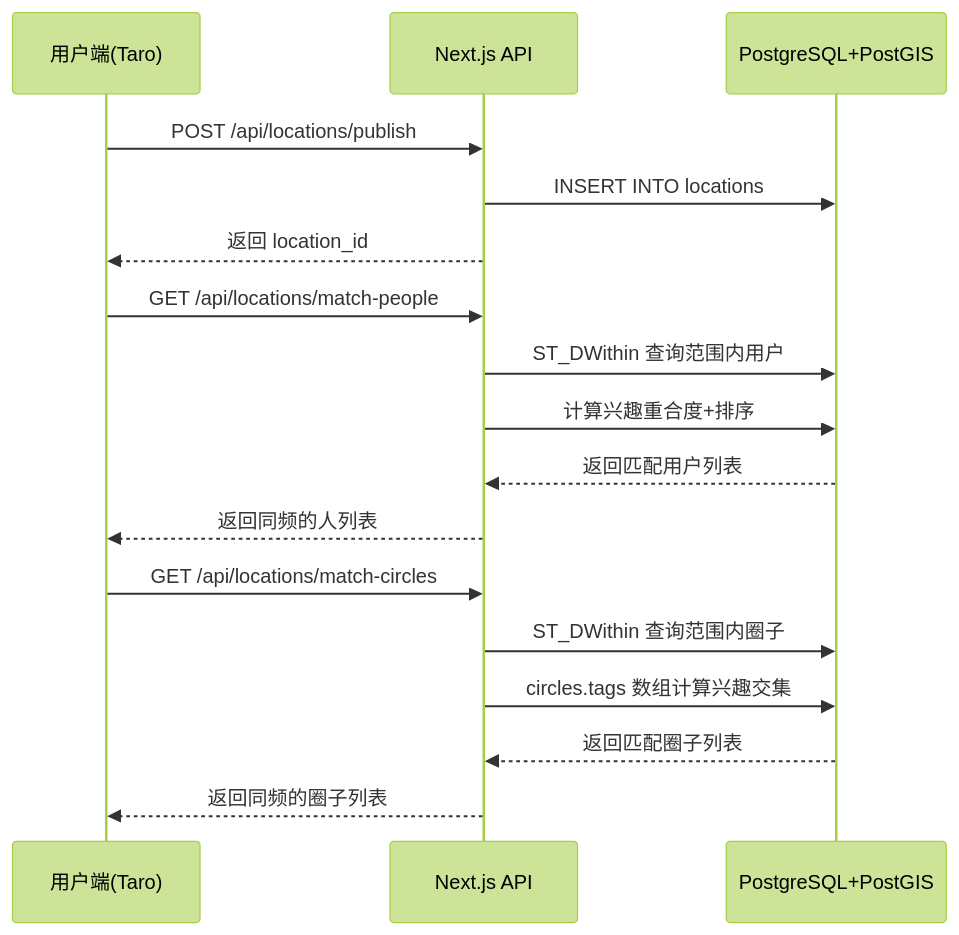
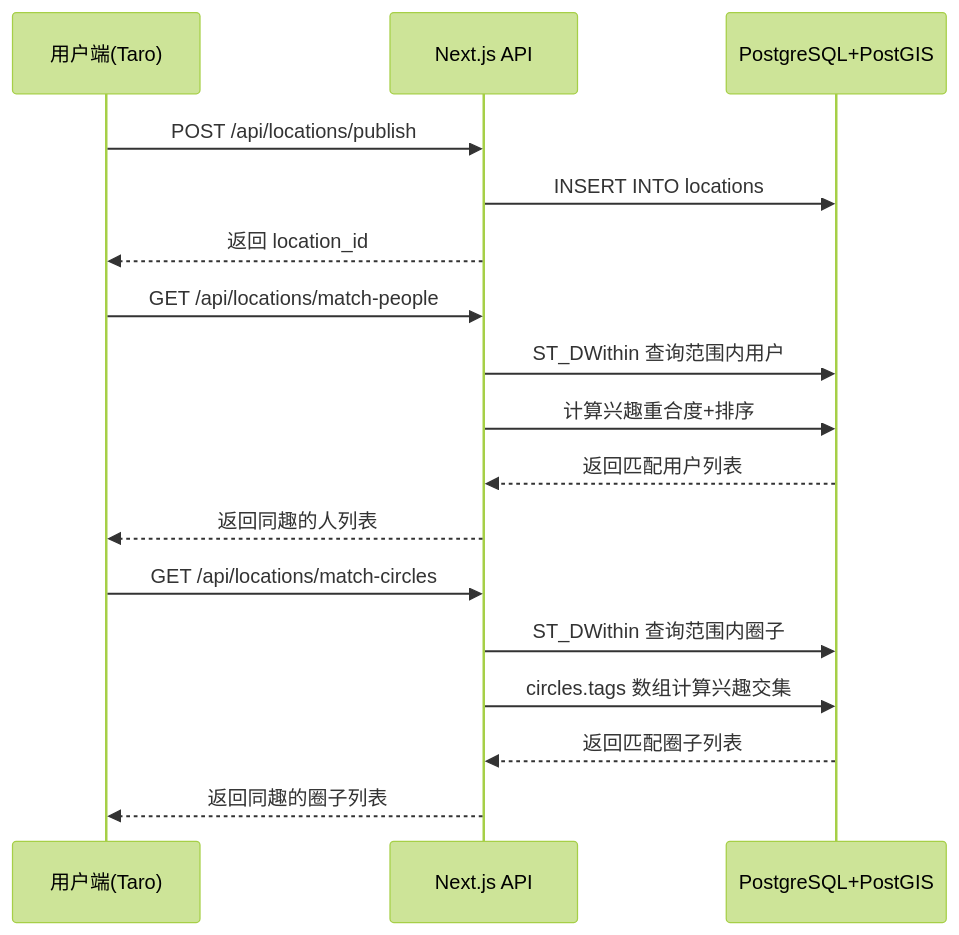
One commit to shine-apps/frenquency_circle changed the tenth of 11 diagrams in docs/functional-design.md. Above: the diagram before and after it, drawn with Mermaid (forest theme). The commit also changed other lines of this file and 29 other files, not shown here.

````diff
--- a/docs/functional-design.md
+++ b/docs/functional-design.md
@@ -849,22 +849,22 @@
 ```mermaid
 sequenceDiagram
     participant U as 用户端(Taro)
     participant API as Next.js API
     participant DB as PostgreSQL+PostGIS
 
     U->>API: POST /api/locations/publish
     API->>DB: INSERT INTO locations
     API-->>U: 返回 location_id
 
     U->>API: GET /api/locations/match-people
     API->>DB: ST_DWithin 查询范围内用户
     API->>DB: 计算兴趣重合度+排序
     DB-->>API: 返回匹配用户列表
-    API-->>U: 返回同频的人列表
+    API-->>U: 返回同趣的人列表
 
     U->>API: GET /api/locations/match-circles
     API->>DB: ST_DWithin 查询范围内圈子
     API->>DB: circles.tags 数组计算兴趣交集
     DB-->>API: 返回匹配圈子列表
-    API-->>U: 返回同频的圈子列表
+    API-->>U: 返回同趣的圈子列表
 ```
````
